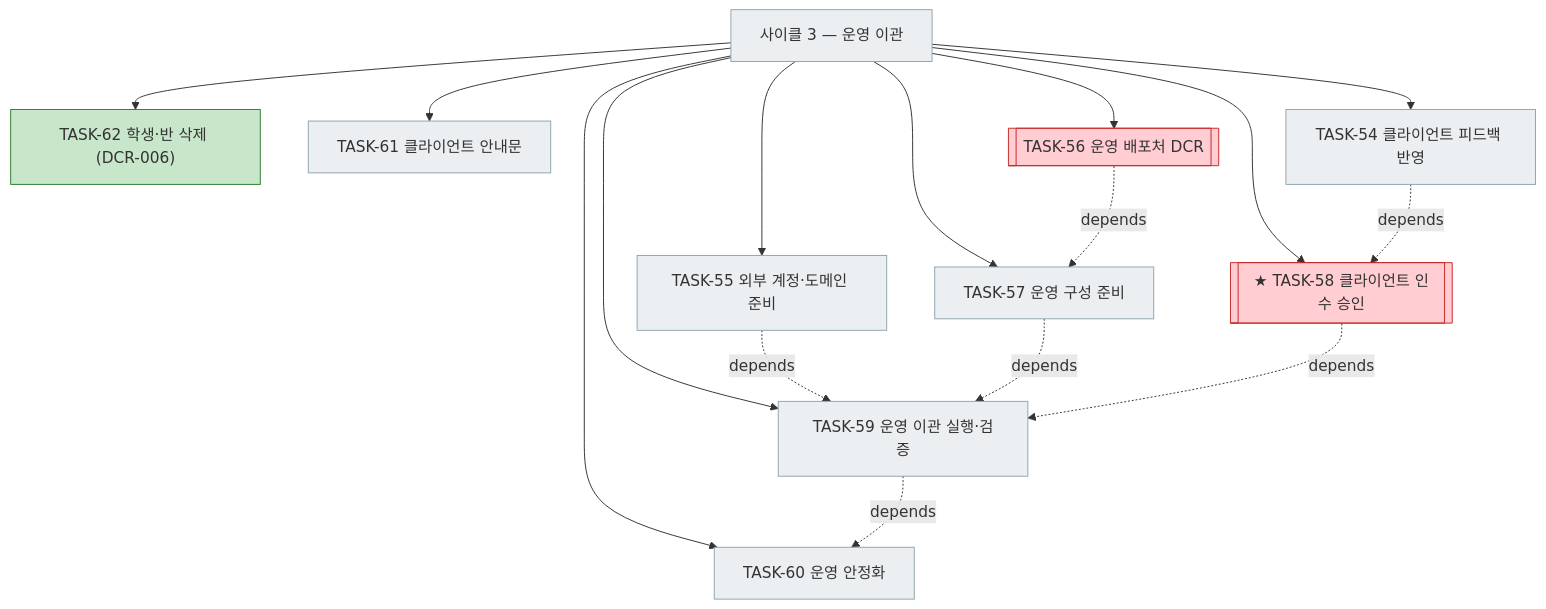
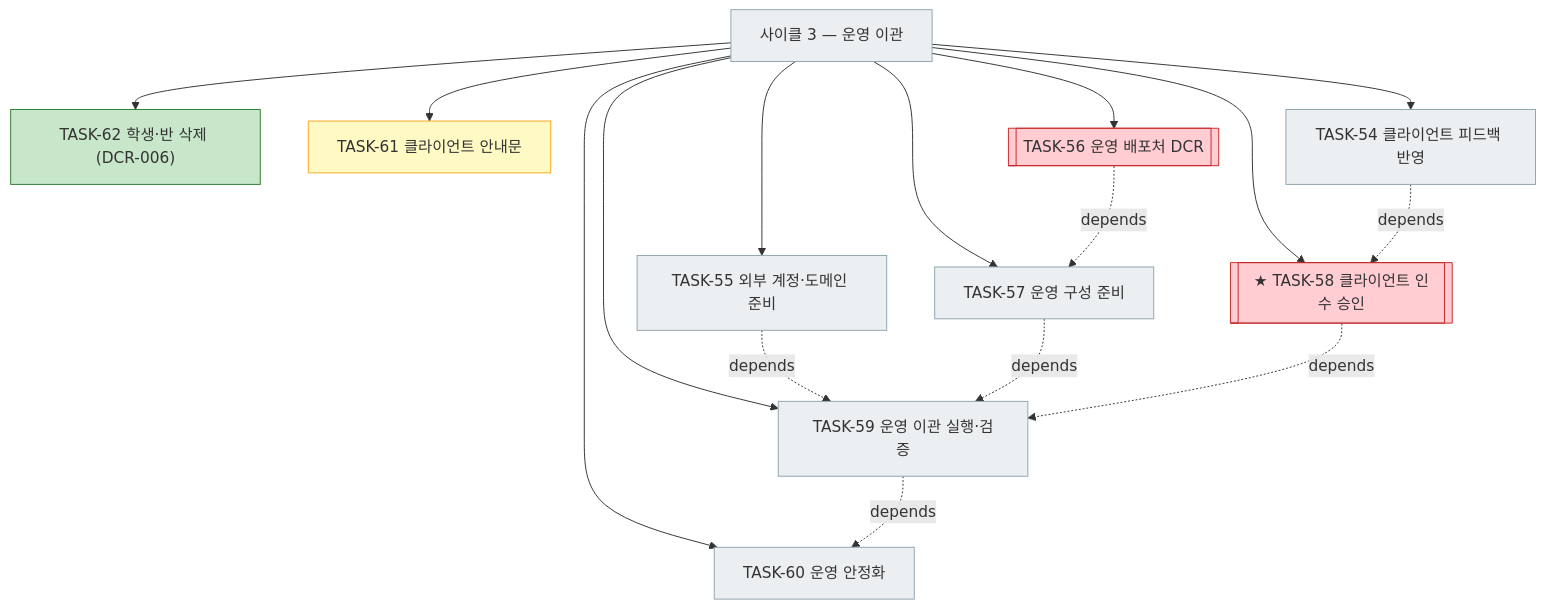
The fourth of 5 diagrams in docs/plan.md (bluesky5008/mathdesk), drawn with Mermaid before and after one commit. The commit also changed other lines of this file and 2 other files, not shown here.

Commit message:
docs: TASK-61 클라이언트 운영 이관 안내문 초안

````diff
--- a/docs/plan.md
+++ b/docs/plan.md
@@ -234,23 +234,23 @@
 ```mermaid
 flowchart TD
     C3["사이클 3 — 운영 이관"]:::todo
     C3 --> T62["TASK-62 학생·반 삭제 (DCR-006)"]:::done
-    C3 --> T61["TASK-61 클라이언트 안내문"]:::todo
+    C3 --> T61["TASK-61 클라이언트 안내문"]:::active
     C3 --> T54["TASK-54 클라이언트 피드백 반영"]:::todo
     C3 --> T55["TASK-55 외부 계정·도메인 준비"]:::todo
     C3 --> T56[["TASK-56 운영 배포처 DCR"]]:::gate
     C3 --> T57["TASK-57 운영 구성 준비"]:::todo
     C3 --> T58[["★ TASK-58 클라이언트 인수 승인"]]:::gate
     C3 --> T59["TASK-59 운영 이관 실행·검증"]:::todo
     C3 --> T60["TASK-60 운영 안정화"]:::todo
     T56 -. depends .-> T57
     T54 -. depends .-> T58
     T55 -. depends .-> T59
     T57 -. depends .-> T59
     T58 -. depends .-> T59
     T59 -. depends .-> T60
     classDef done fill:#c8e6c9,stroke:#2e7d32
     classDef active fill:#fff9c4,stroke:#f9a825
     classDef todo fill:#eceff1,stroke:#90a4ae
     classDef gate fill:#ffcdd2,stroke:#c62828
 ```
````
